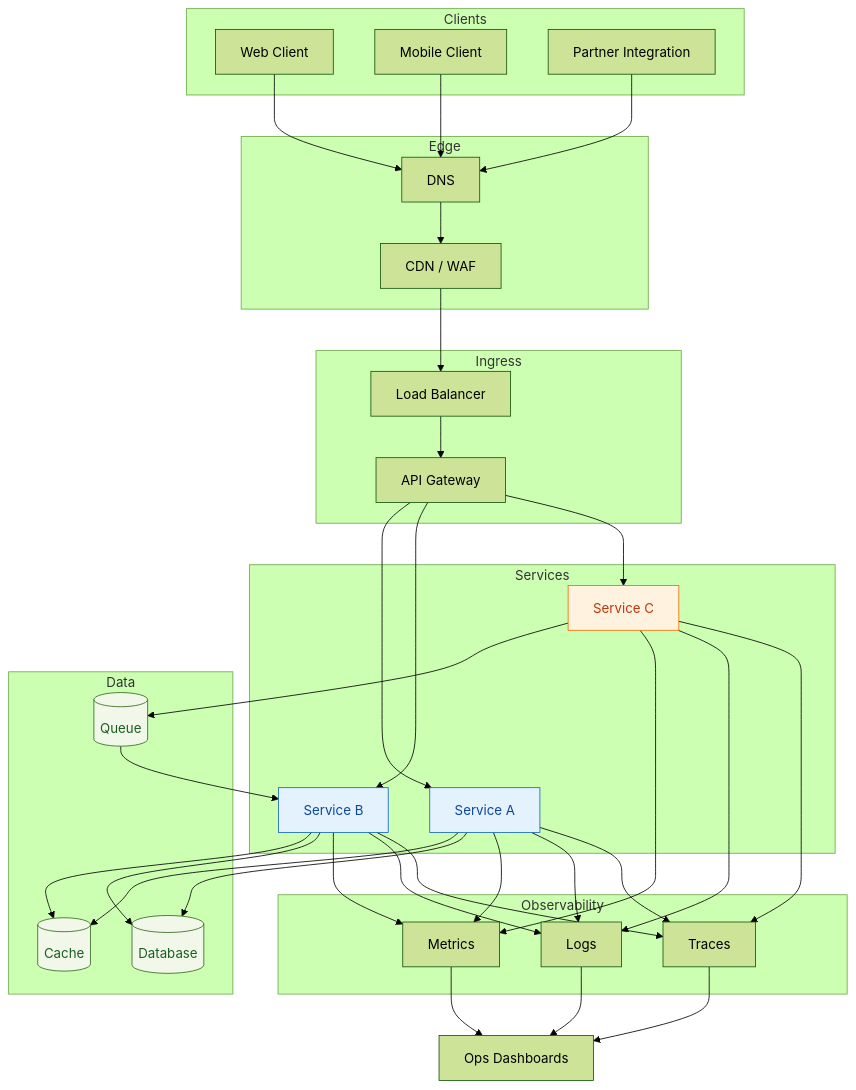
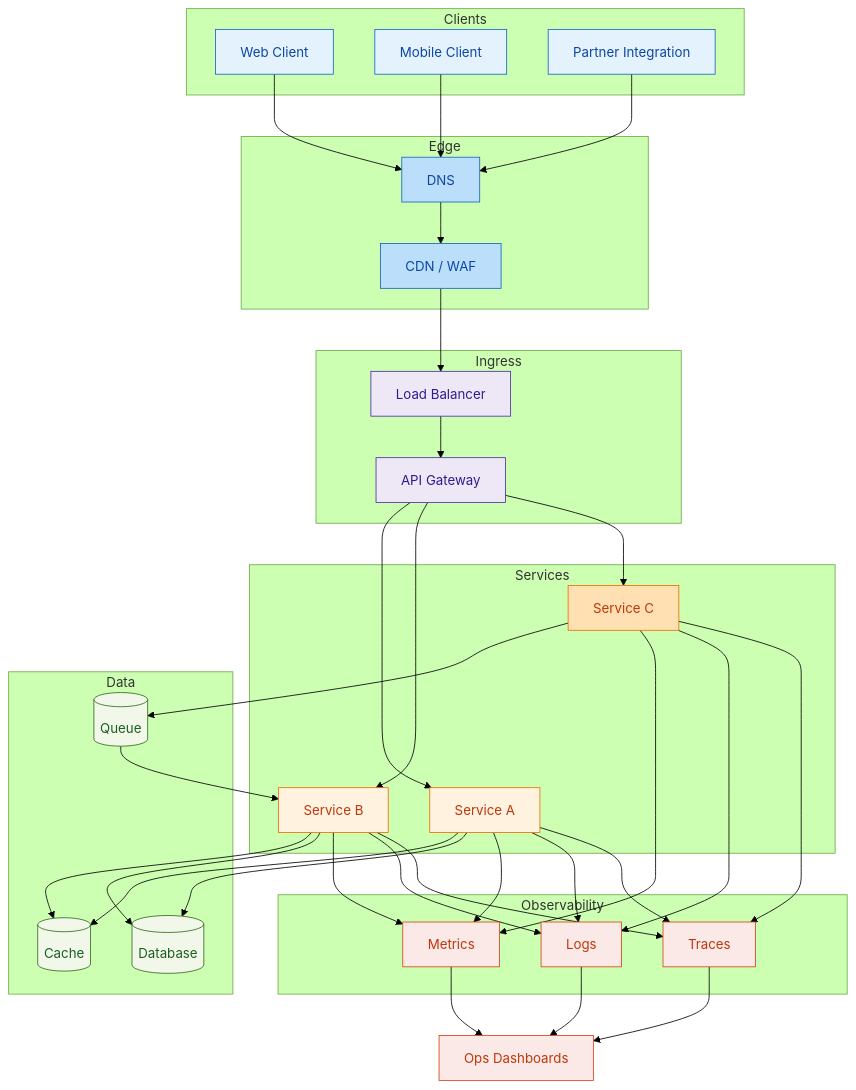
The diagram in 07. System Design/diagrams/system_architecture_map.md (1st/interview), drawn with Mermaid (forest theme) before and after one commit. The commit also changed 6 other files, not shown here.

First line of the commit message:
Enhance interview and system design docs, update diagrams

````diff
--- a/07. System Design/diagrams/system_architecture_map.md
+++ b/07. System Design/diagrams/system_architecture_map.md
@@ -3,71 +3,79 @@
 ```mermaid
 graph TB
-    classDef sync fill:#e3f2fd,stroke:#1565c0,color:#0d47a1;
-    classDef async fill:#fff3e0,stroke:#ef6c00,color:#bf360c;
+    classDef client fill:#e3f2fd,stroke:#1565c0,color:#0d47a1;
+    classDef edge fill:#bbdefb,stroke:#1565c0,color:#0d47a1;
+    classDef ingress fill:#ede7f6,stroke:#512da8,color:#311b92;
+    classDef sync fill:#fff3e0,stroke:#ef6c00,color:#bf360c;
+    classDef async fill:#ffe0b2,stroke:#ef6c00,color:#bf360c;
     classDef data fill:#f1f8e9,stroke:#33691e,color:#1b5e20;
+    classDef observability fill:#fbe9e7,stroke:#d84315,color:#bf360c;
 
     subgraph Clients
         A[Web Client]
         B[Mobile Client]
         C[Partner Integration]
     end
     subgraph Edge
         D[DNS]
         E[CDN / WAF]
     end
     subgraph Ingress
         F[Load Balancer]
         G[API Gateway]
     end
     subgraph Services
         H[Service A]
         I[Service B]
         J[Service C]
     end
     subgraph Data
         K[(Cache)]
         L[(Database)]
         M[(Queue)]
     end
     subgraph Observability
         N[Metrics]
         O[Logs]
         P[Traces]
     end
     Q[Ops Dashboards]
 
     A --> D
     B --> D
     C --> D
     D --> E
     E --> F
     F --> G
     G --> H
     G --> I
     G --> J
 
     H --> K
     I --> K
     H --> L
     I --> L
     J --> M
     M --> I
 
     H --> N
     H --> O
     H --> P
     I --> N
     I --> O
     I --> P
     J --> N
     J --> O
     J --> P
 
     N --> Q
     O --> Q
     P --> Q
 
     class H,I sync;
     class J async;
     class K,L,M data;
+    class A,B,C client;
+    class D,E edge;
+    class F,G ingress;
+    class N,O,P,Q observability;
 ```
````
